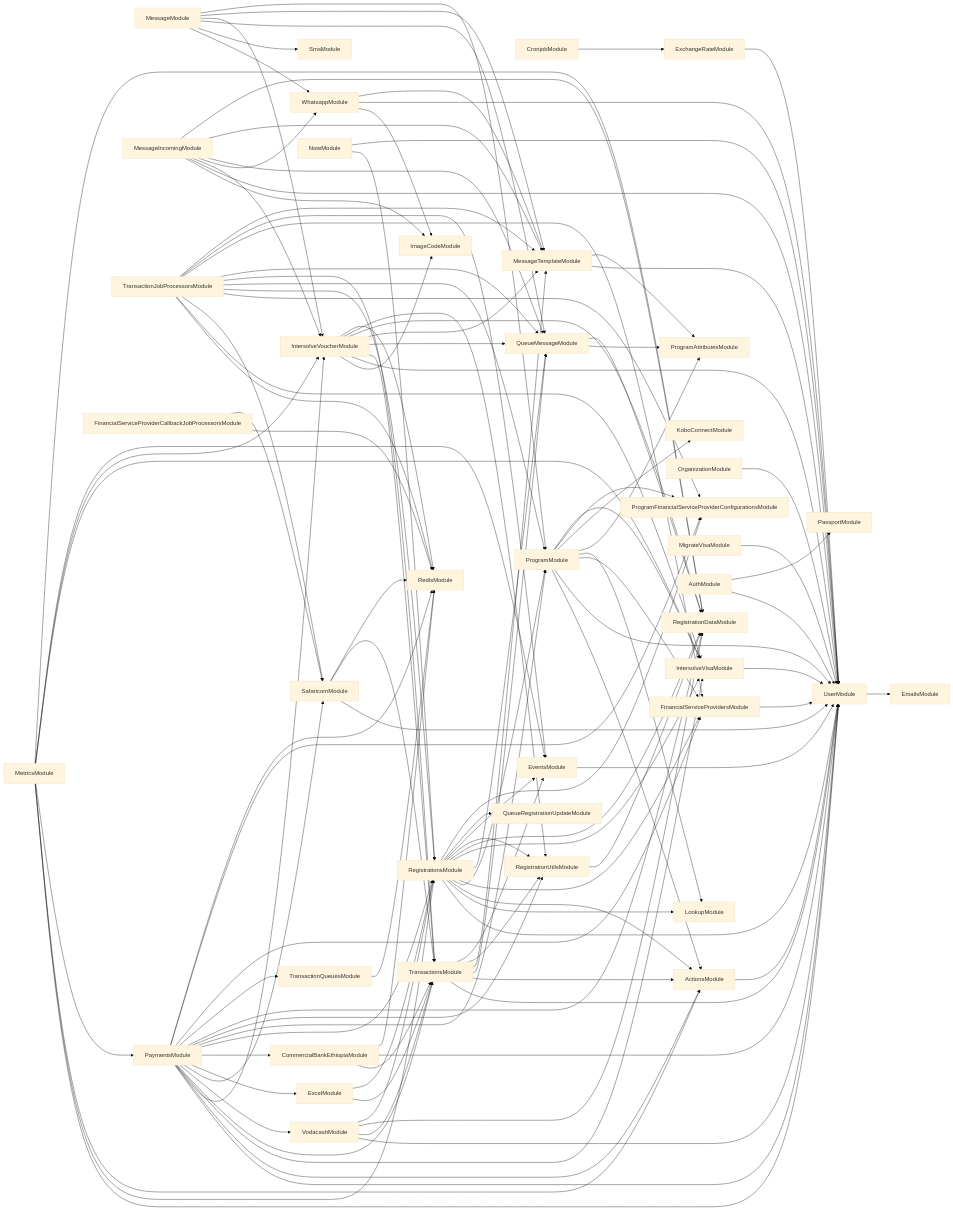
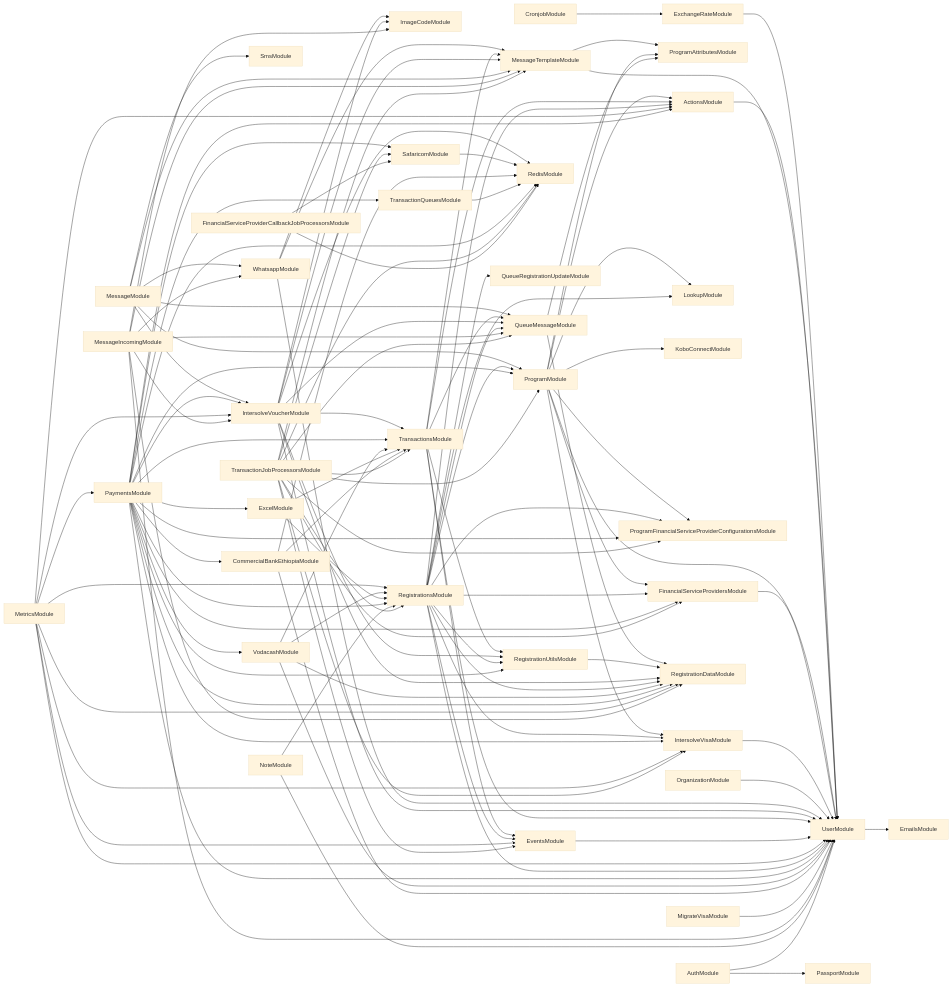
One commit to global-121/121-platform changed the diagram in services/121-service/module-dependencies.md. Above: the diagram before and after it, drawn with Mermaid (base theme). The commit also changed 35 other files, not shown here.

```diff
--- a/services/121-service/module-dependencies.md
+++ b/services/121-service/module-dependencies.md
@@ -73,8 +73,6 @@
   VodacashModule-->RegistrationDataModule
   VodacashModule-->RegistrationsModule
   PaymentsModule-->SafaricomModule
-  SafaricomModule-->UserModule
-  SafaricomModule-->TransactionsModule
   SafaricomModule-->RedisModule
   PaymentsModule-->ExcelModule
   ExcelModule-->TransactionsModule
```
